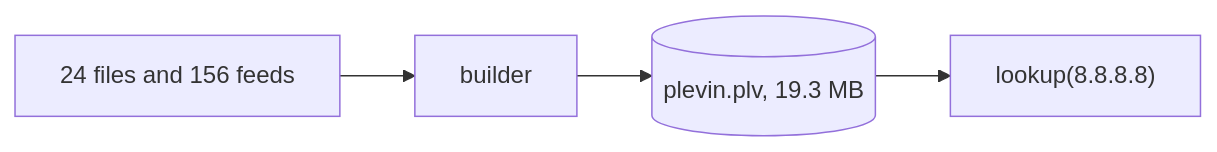
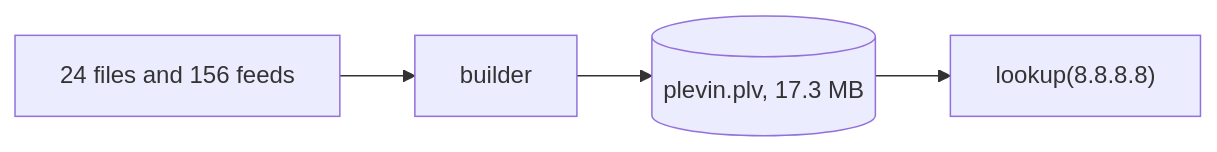
One commit to tn3w/plevin changed the first of 6 diagrams in builder/README.md. Above: the diagram before and after it, drawn with Mermaid. The commit also changed other lines of this file and 17 other files, not shown here.

````diff
--- a/builder/README.md
+++ b/builder/README.md
@@ -23,6 +23,6 @@
 ```mermaid
 flowchart LR
     S["24 files and 156 feeds"] --> B[builder]
-    B --> D[("plevin.plv, 19.3 MB")]
+    B --> D[("plevin.plv, 17.3 MB")]
     D --> Q["lookup(8.8.8.8)"]
 ```
````
